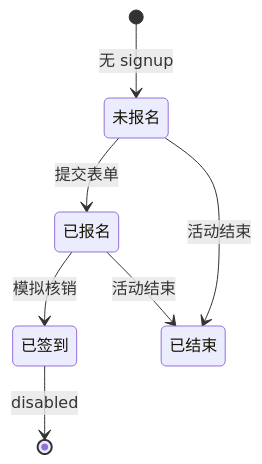
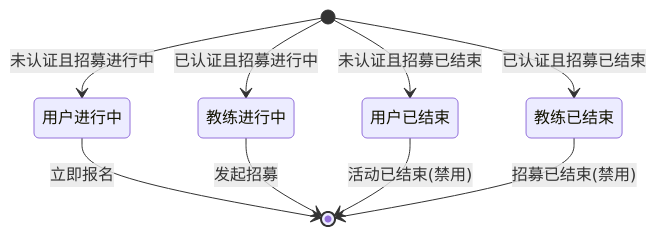
Before and after one commit to cgd1093702532-star/personal-site: the diagram in docs/miniprogram/pages/招募详情.md, drawn with Mermaid. The commit also changed other lines of this file and 216 other files, not shown here.

````diff
--- a/docs/miniprogram/pages/招募详情.md
+++ b/docs/miniprogram/pages/招募详情.md
@@ -69,9 +115,11 @@
 ```mermaid
 stateDiagram-v2
-  [*] --> 未报名: 无 signup
-  未报名 --> 已报名: 提交表单
-  已报名 --> 已签到: 模拟核销
-  未报名 --> 已结束: 活动结束
-  已报名 --> 已结束: 活动结束
-  已签到 --> [*]: disabled
+  [*] --> 用户进行中: 未认证且招募进行中
+  [*] --> 教练进行中: 已认证且招募进行中
+  [*] --> 用户已结束: 未认证且招募已结束
+  [*] --> 教练已结束: 已认证且招募已结束
+  用户进行中 --> [*]: 立即报名
+  教练进行中 --> [*]: 发起招募
+  用户已结束 --> [*]: 活动已结束(禁用)
+  教练已结束 --> [*]: 招募已结束(禁用)
 ```
````
